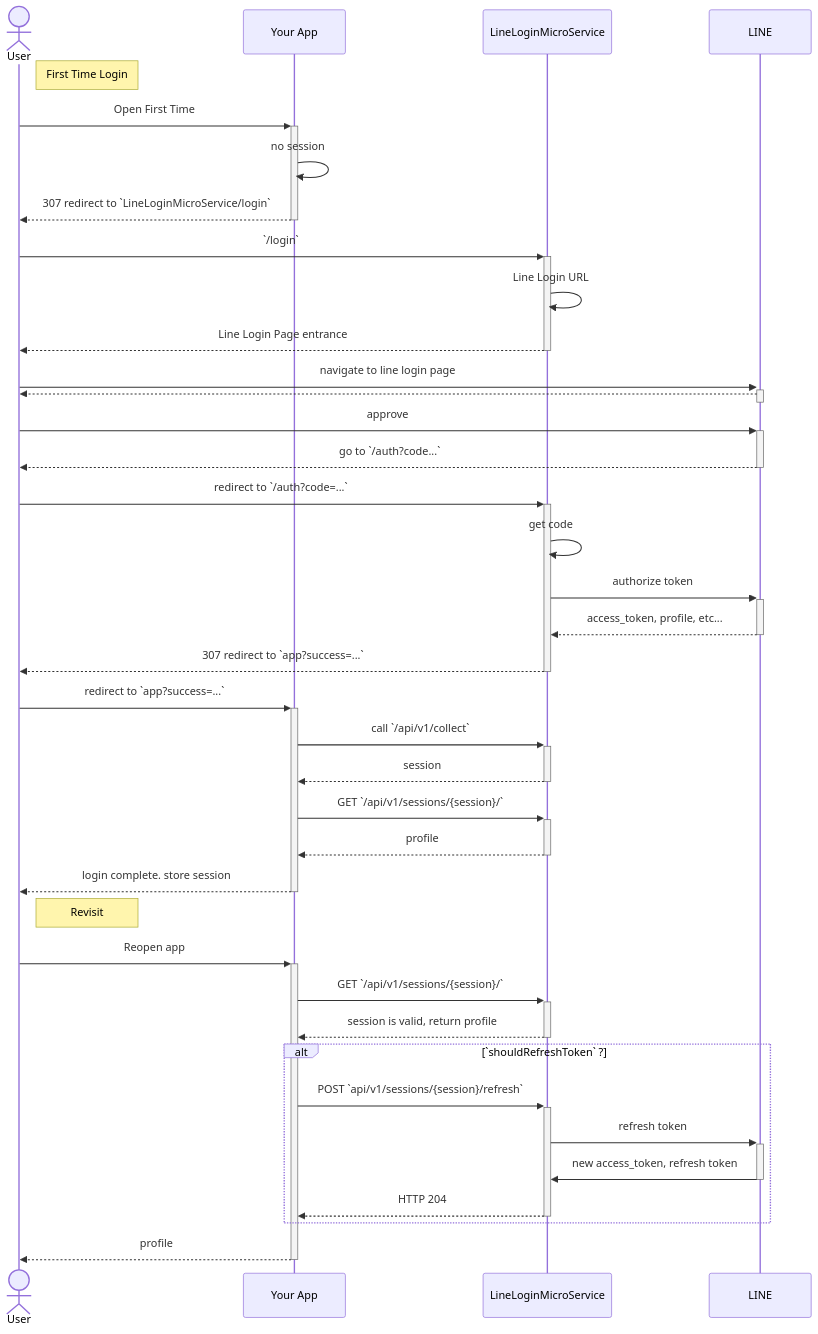
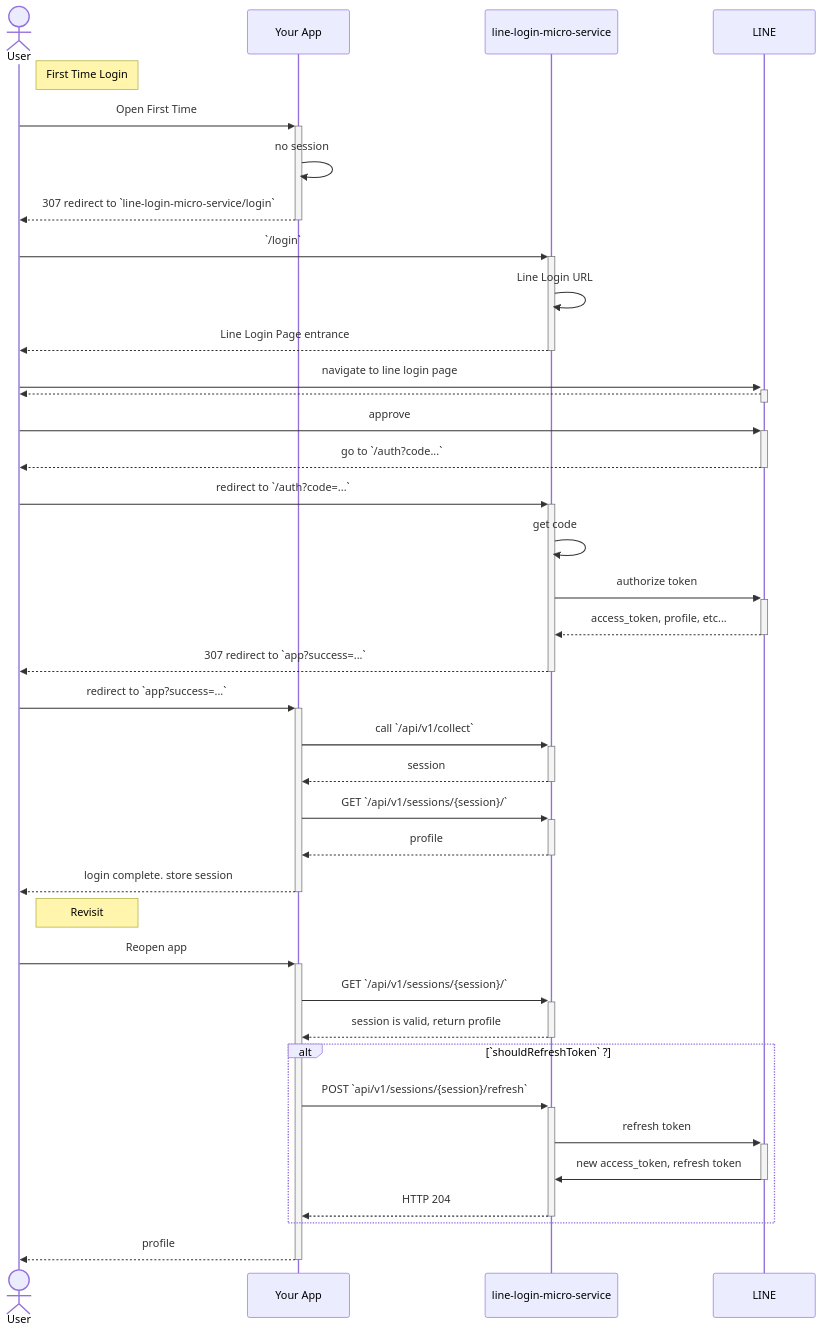
Before and after one commit to jhjcpishva/line-login-micro-service: the diagram in README.md, drawn with Mermaid. The commit also changed other lines of this file and 5 other files, not shown here.

````diff
--- a/README.md
+++ b/README.md
@@ -19,55 +9,55 @@
 ```mermaid
 
 sequenceDiagram
   actor user as User
   participant app as Your App
-  participant llms as LineLoginMicroService
+  participant llms as line-login-micro-service
   participant line as LINE
 
   %% first visit
   Note right of user: First Time Login
 
   user ->>+ app: Open First Time
 
   app ->> app: no session
-  app -->>- user: 307 redirect to `LineLoginMicroService/login`
+  app -->>- user: 307 redirect to `line-login-micro-service/login`
   user ->>+ llms: `/login`
   llms ->> llms: Line Login URL
   llms -->>- user: Line Login Page entrance
 
   user ->>+ line: navigate to line login page
   line -->>- user: 
   user ->>+ line: approve
   line -->>- user: go to `/auth?code...`
 
   user ->>+ llms: redirect to `/auth?code=...`
   llms ->> llms: get code
   llms ->>+ line: authorize token
   line -->>- llms: access_token, profile, etc...
   llms -->>- user: 307 redirect to `app?success=...`
 
   user ->>+ app: redirect to `app?success=...`
   app ->>+ llms: call `/api/v1/collect`
   llms -->>- app: session
 
   app ->>+ llms: GET `/api/v1/sessions/{session}/`
   llms -->>- app: profile
   app -->>- user: login complete. store session
 
   %% second+ visit
   Note right of user: Revisit
   user ->>+ app: Reopen app
 
   app ->>+ llms: GET `/api/v1/sessions/{session}/`
   llms -->>- app: session is valid, return profile
 
   alt `shouldRefreshToken` ?
     app ->>+ llms: POST `api/v1/sessions/{session}/refresh`
     llms ->>+ line: refresh token
     line ->>- llms: new access_token, refresh token
     llms -->>- app: HTTP 204
   end 
 
   app -->>- user: profile
 
 ```
````
